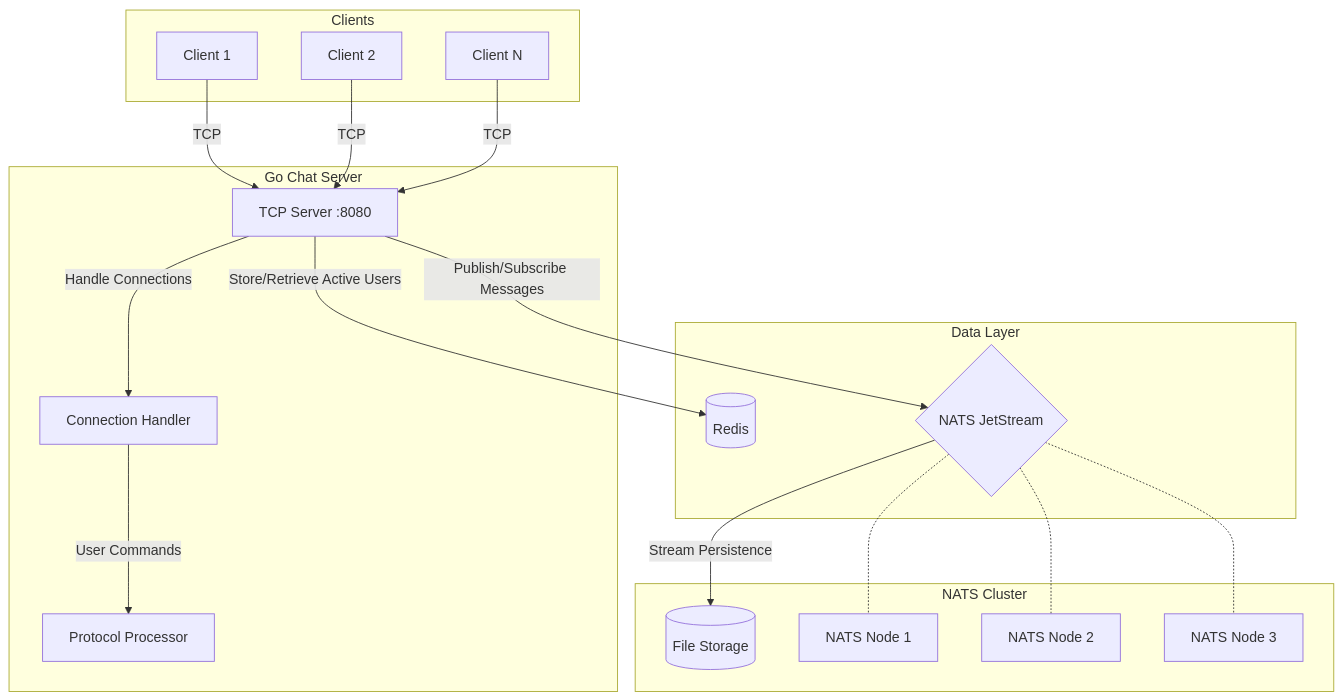
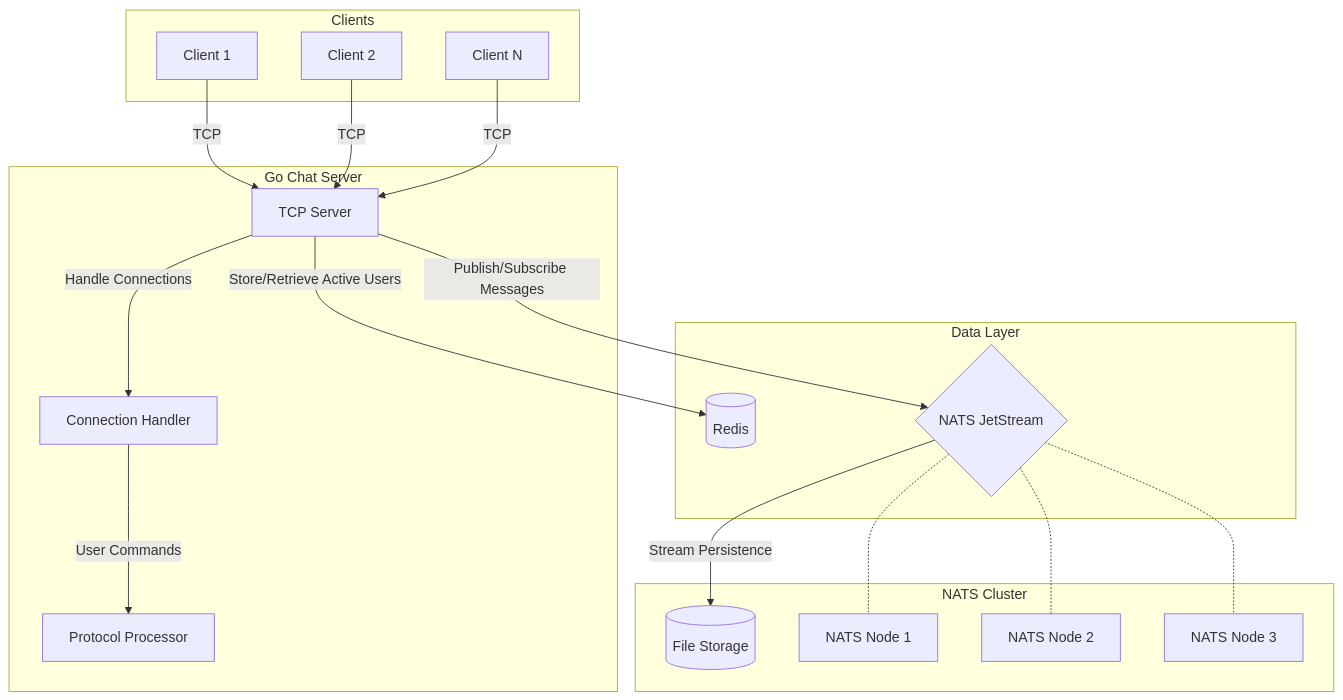
Before and after one commit to sajadblnyn/disroom: the diagram in README.md, drawn with Mermaid. The commit also changed other lines of this file, not shown here.

````diff
--- a/README.md
+++ b/README.md
@@ -17,34 +17,34 @@
 ```mermaid
 graph TD
     subgraph Clients
         C1[Client 1]
         C2[Client 2]
         Cn[Client N]
     end
 
     subgraph Go Chat Server
-        GS[TCP Server :8080]
+        GS[TCP Server]
         GS -->|Handle Connections| HC[Connection Handler]
         HC -->|User Commands| P[Protocol Processor]
     end
 
     subgraph Data Layer
         GS -->|Store/Retrieve Active Users| R[(Redis)]
         GS -->|Publish/Subscribe Messages| NATS
     end
 
     subgraph NATS Cluster
         NATS{NATS JetStream}
         NATS -->|Stream Persistence| STORAGE[(File Storage)]
         N1[NATS Node 1]
         N2[NATS Node 2]
         N3[NATS Node 3]
     end
 
     C1 -->|TCP| GS
     C2 -->|TCP| GS
     Cn -->|TCP| GS
     NATS -.- N1
     NATS -.- N2
     NATS -.- N3
 ```
````
